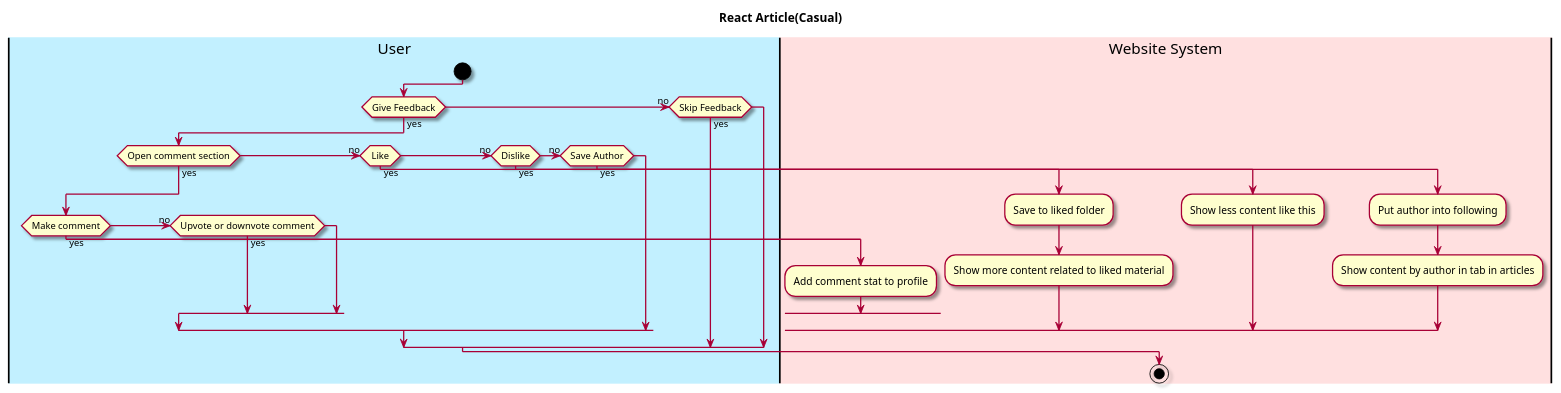
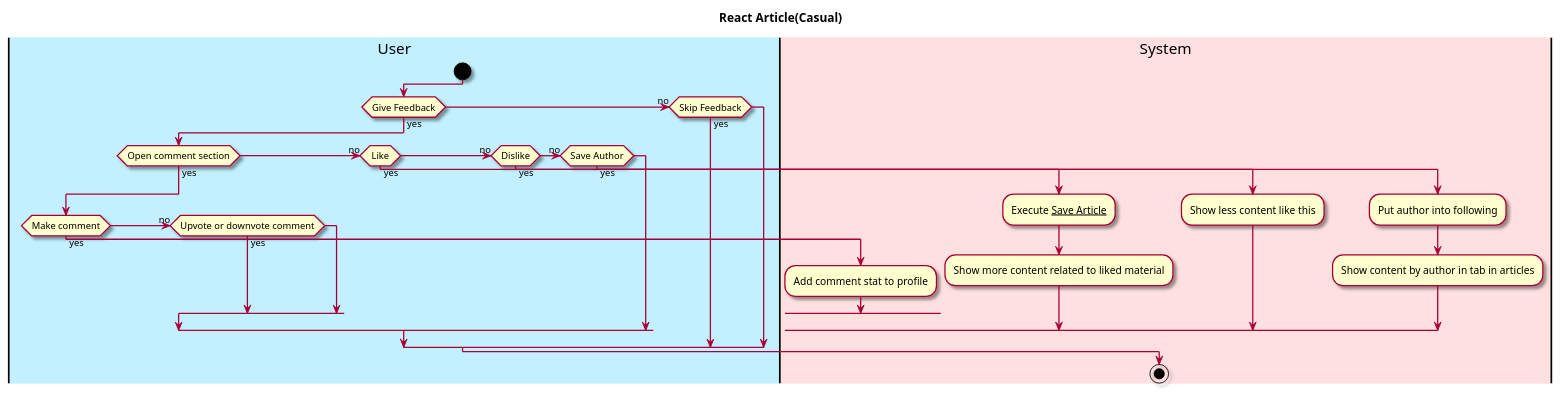
The diagram in intellij/doc/Functional Specification/react-article.md (owhitleym-ui/EcoScoop), drawn with PlantUML before and after one commit. The commit also changed other lines of this file and 5 other files, not shown here.

````diff
--- a/intellij/doc/Functional Specification/react-article.md
+++ b/intellij/doc/Functional Specification/react-article.md
@@ -28,39 +27,39 @@
 ```plantuml
 @startuml
 
 skin rose
 
 title React Article(Casual)
 
 'define the lanes
 |#application|User|
-|#implementation|Website System|
+|#implementation|System|
 
 |User|
 start
 if (Give Feedback) then (yes)
     if(Open comment section) then (yes)
         if(Make comment) then (yes)
-            |Website System|
+            |System|
             :Add comment stat to profile;
         (no) elseif (Upvote or downvote comment) then (yes)
         endif
     (no) elseif (Like) then (yes)
-       |Website System|
-       :Save to liked folder;
+       |System|
+       :Execute __Save Article__;
        :Show more content related to liked material;
     (no) elseif (Dislike) then (yes)
-        |Website System|
+        |System|
         :Show less content like this;  
     (no) elseif (Save Author) then (yes)
-        |Website System|
+        |System|
         :Put author into following;
         :Show content by author in tab in articles;
     endif
 (no) elseif (Skip Feedback) then (yes)
 endif
 
-|Website System|
+|System|
 stop
 @enduml
 ```
````
